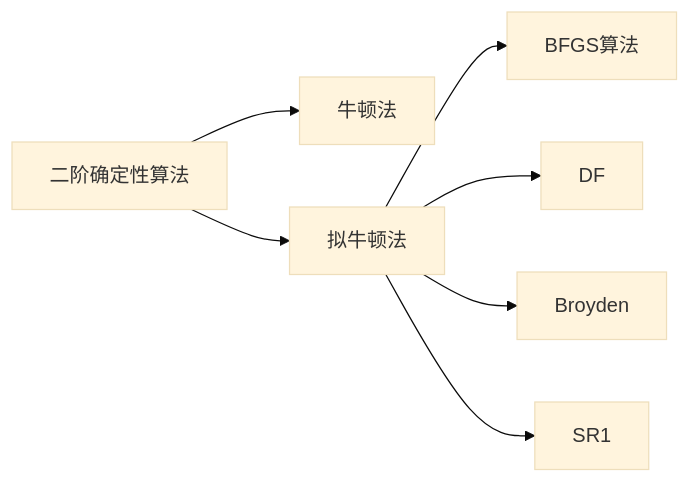
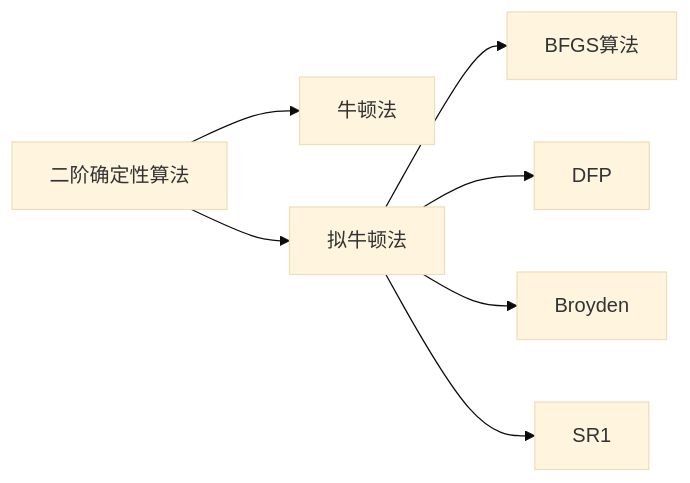
Before and after one commit to zh-Wang286/Some-Markdown: the second of 2 diagrams in 分布式机器学习/第4章 单机优化之确定性算法.md, drawn with Mermaid (base theme). The commit also changed other lines of this file, not shown here.

Commit message:
2022/1/22 修改了 分布式机器学习/第4章 单机优化之确定性算法.md 的部分字

````diff
--- a/分布式机器学习/第4章 单机优化之确定性算法.md
+++ b/分布式机器学习/第4章 单机优化之确定性算法.md
@@ -46,9 +46,9 @@
 ```mermaid
 graph LR
 a[二阶确定性算法]-->b[牛顿法]
 a-->c[拟牛顿法]
 c-->c1[BFGS算法]
-c-->c2[DF]
+c-->c2[DFP]
 c-->c3[Broyden]
 c-->c4[SR1]
 ```
````
